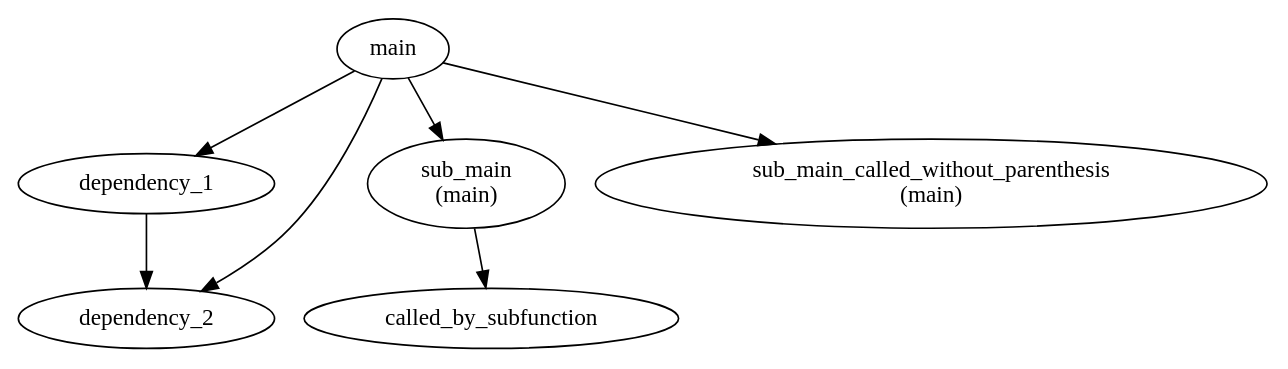
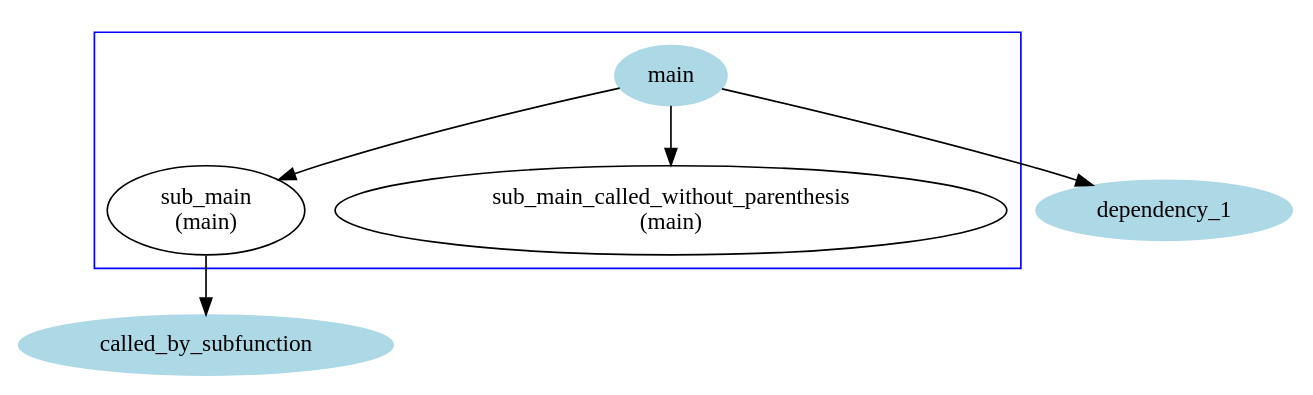
The diagram in readme_figures/readme_fig3.dot (KaeroDot/mDepGen), drawn with Graphviz before and after one commit. The commit also changed 23 other files, not shown here.

```diff
--- a/readme_figures/readme_fig3.dot
+++ b/readme_figures/readme_fig3.dot
@@ -1,10 +1,21 @@
 /* Generated by mDepGen */
 digraph dep {
 node [shape = oval];
+/* start of shape definitions */
+"main" [color=lightblue, style=filled];
+"dependency_1" [color=lightblue, style=filled];
+"called_by_subfunction" [color=lightblue, style=filled];
+/* end of shape definitions */
+/* start of subgraph definitions */
+subgraph cluster003 {
+color=blue;
+    "main";
+    "sub_main\n (main)";
+    "sub_main_called_without_parenthesis\n (main)";
+}
+/* end of subgraph definitions */
 "main" -> "dependency_1" ;
-"dependency_1" -> "dependency_2" ;
-"main" -> "dependency_2" ;
 "main" -> "sub_main\n (main)" ;
 "sub_main\n (main)" -> "called_by_subfunction" ;
 "main" -> "sub_main_called_without_parenthesis\n (main)" ;
 }
```
